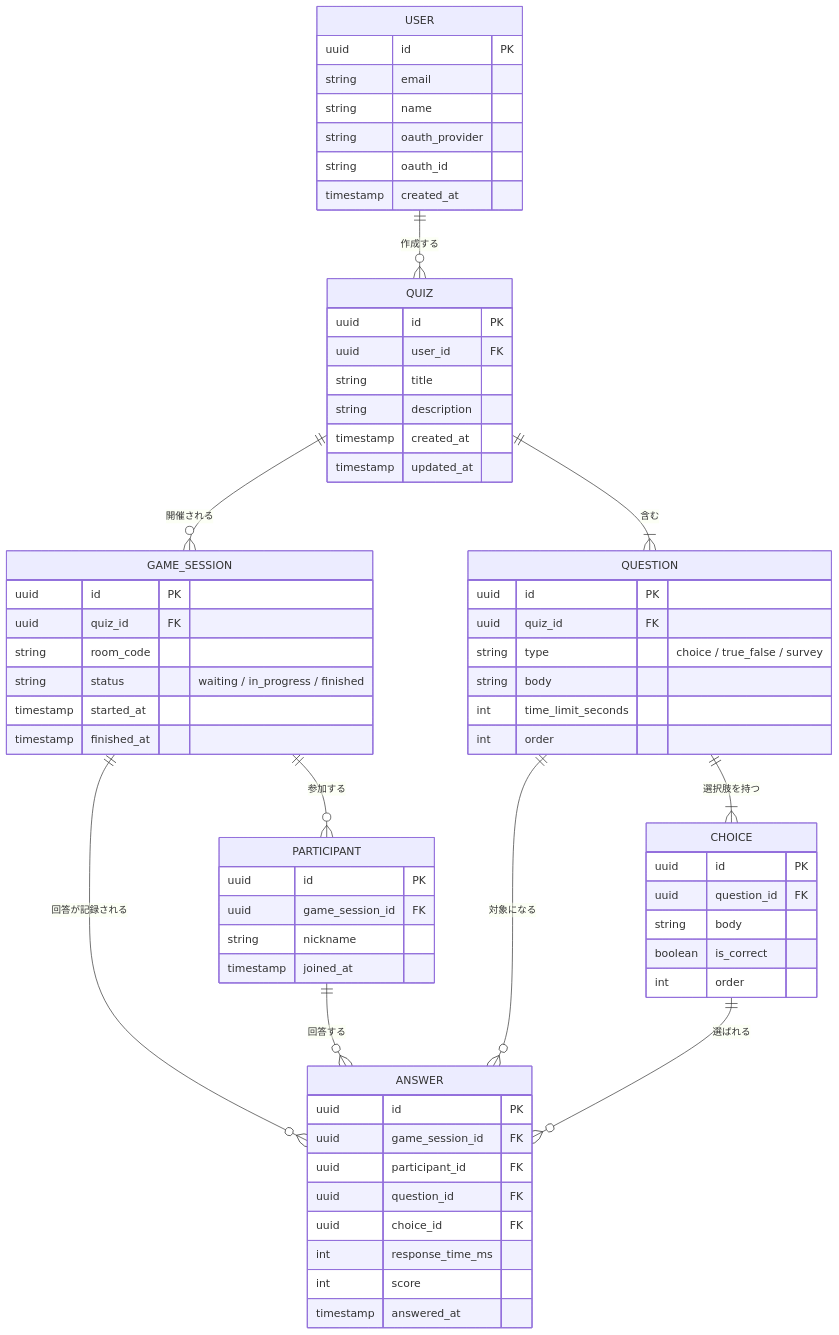
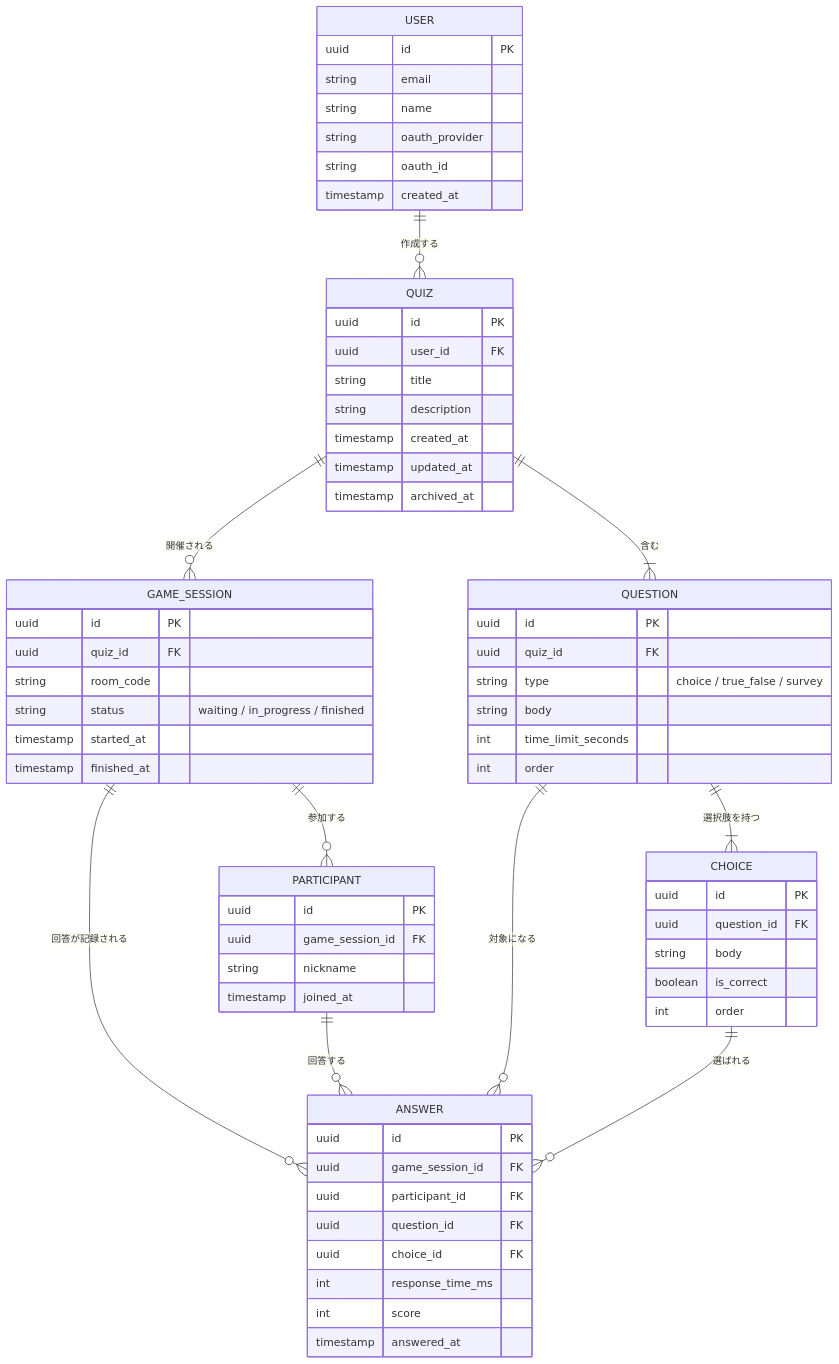
One commit to raiton-boo/neo-hoot changed the diagram in docs/er.md. Above: the diagram before and after it, drawn with Mermaid. The commit also changed other lines of this file and 10 other files, not shown here.

````diff
--- a/docs/er.md
+++ b/docs/er.md
@@ -7,74 +7,75 @@
 ```mermaid
 erDiagram
     USER ||--o{ QUIZ : "作成する"
     QUIZ ||--|{ QUESTION : "含む"
     QUESTION ||--|{ CHOICE : "選択肢を持つ"
     QUIZ ||--o{ GAME_SESSION : "開催される"
     GAME_SESSION ||--o{ PARTICIPANT : "参加する"
     GAME_SESSION ||--o{ ANSWER : "回答が記録される"
     PARTICIPANT ||--o{ ANSWER : "回答する"
     QUESTION ||--o{ ANSWER : "対象になる"
     CHOICE ||--o{ ANSWER : "選ばれる"
 
     USER {
         uuid id PK
         string email
         string name
         string oauth_provider
         string oauth_id
         timestamp created_at
     }
 
     QUIZ {
         uuid id PK
         uuid user_id FK
         string title
         string description
         timestamp created_at
         timestamp updated_at
+        timestamp archived_at
     }
 
     QUESTION {
         uuid id PK
         uuid quiz_id FK
         string type "choice / true_false / survey"
         string body
         int time_limit_seconds
         int order
     }
 
     CHOICE {
         uuid id PK
         uuid question_id FK
         string body
         boolean is_correct
         int order
     }
 
     GAME_SESSION {
         uuid id PK
         uuid quiz_id FK
         string room_code
         string status "waiting / in_progress / finished"
         timestamp started_at
         timestamp finished_at
     }
 
     PARTICIPANT {
         uuid id PK
         uuid game_session_id FK
         string nickname
         timestamp joined_at
     }
 
     ANSWER {
         uuid id PK
         uuid game_session_id FK
         uuid participant_id FK
         uuid question_id FK
         uuid choice_id FK
         int response_time_ms
         int score
         timestamp answered_at
     }
 ```
````
